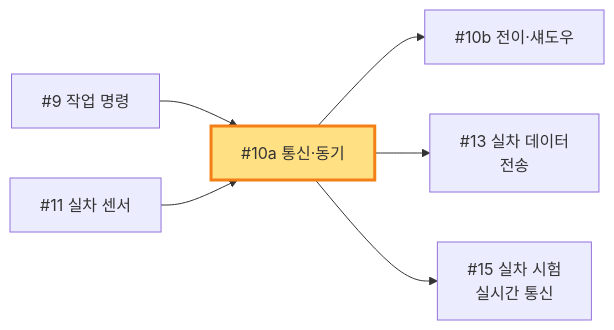
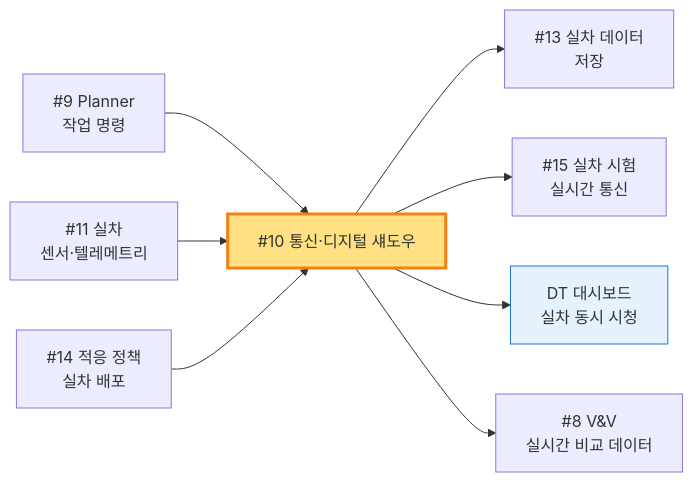
One commit to rebirther00/report changed the tenth of 15 diagrams in 11. DT/항목별_연계_다이어그램_v1.md. Above: the diagram before and after it, drawn with Mermaid. The commit also changed other lines of this file and 4 other files, not shown here.

First line of the commit message:
#10a + #10b 통합 → #10 '실차–DT 통신·디지털 섀도우 인프라' (예산 중립 재배치)

````diff
--- a/11. DT/항목별_연계_다이어그램_v1.md
+++ b/11. DT/항목별_연계_다이어그램_v1.md
@@ -231,11 +231,14 @@
 ```mermaid
 graph LR
-    I9[#9 작업 명령] --> X
-    I11[#11 실차 센서] --> X
+    I9[#9 Planner<br/>작업 명령] --> X
+    I11[#11 실차<br/>센서·텔레메트리] --> X
+    I14_pol[#14 적응 정책<br/>실차 배포] --> X
     
-    X[#10a 통신·동기] --> I10b[#10b 전이·섀도우]
-    X --> I13[#13 실차 데이터<br/>전송]
+    X[#10 통신·디지털 섀도우] --> I13[#13 실차 데이터<br/>저장]
     X --> I15[#15 실차 시험<br/>실시간 통신]
+    X --> I_dash[DT 대시보드<br/>실차 동시 시청]
+    X --> I8_data[#8 V&V<br/>실시간 비교 데이터]
     
     style X fill:#FFE082,stroke:#F57F17,stroke-width:3px
+    style I_dash fill:#E3F2FD,stroke:#1976D2
 ```
````
